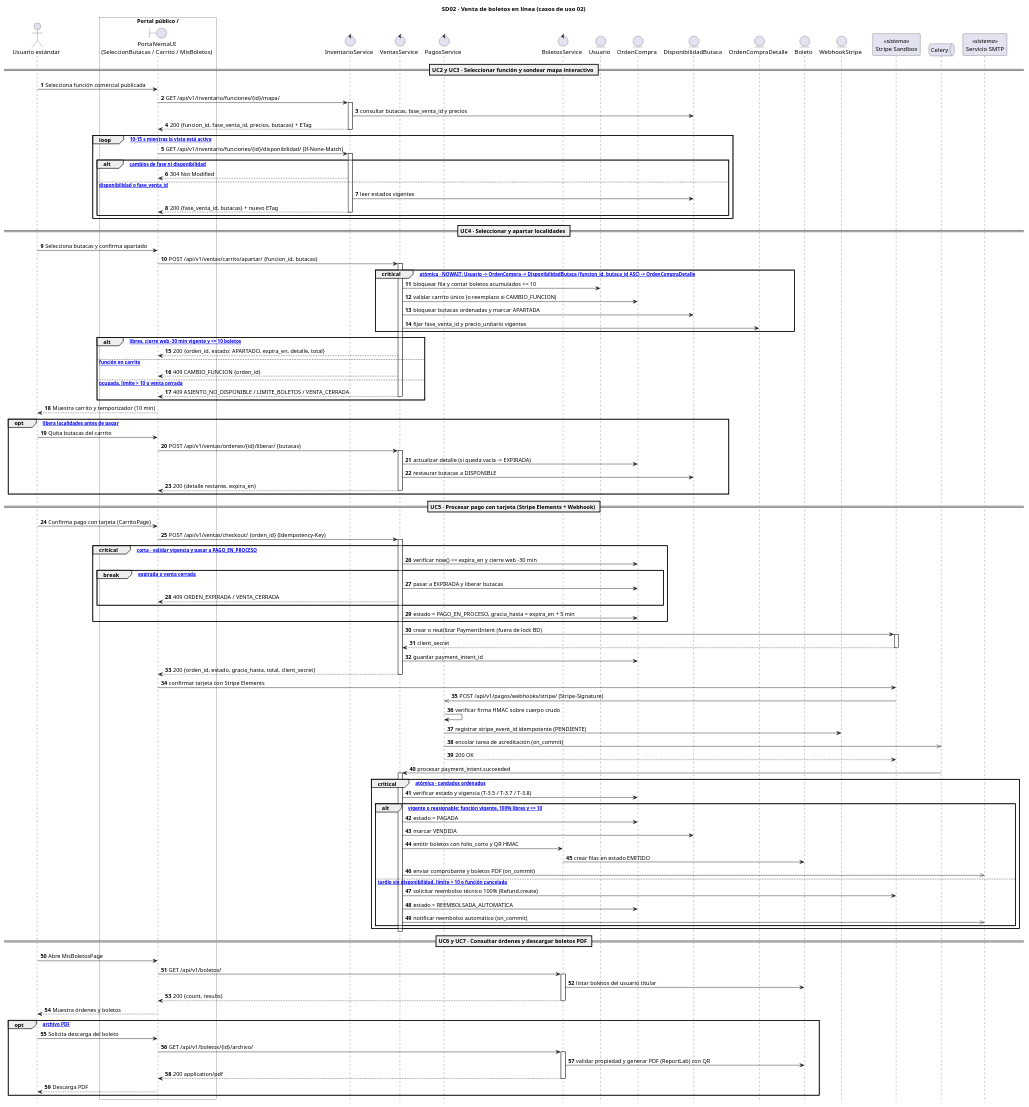
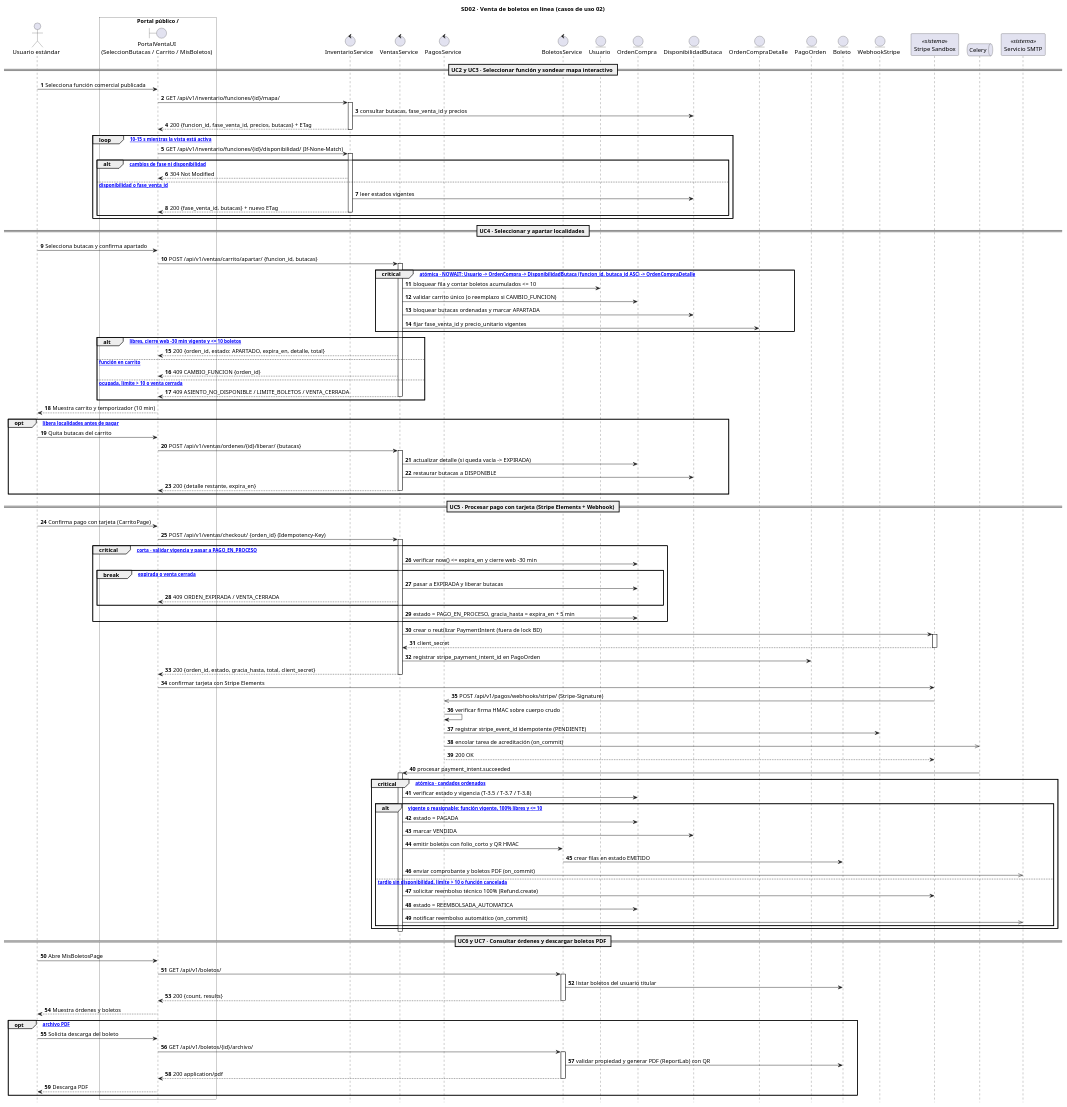
One commit to AntonioVargas97/Teatro changed the diagram in docs/diagramas-uml/diagramas-de-secuencia/SD02_venta_boletos_en_linea.puml. Above: the diagram before and after it, drawn with PlantUML. The commit also changed 62 other files, not shown here.

First line of the commit message:
fix(docs): sincronizar aforo oficial a 1730, estados, contratos, diagramas y skills

```diff
--- a/docs/diagramas-uml/diagramas-de-secuencia/SD02_venta_boletos_en_linea.puml
+++ b/docs/diagramas-uml/diagramas-de-secuencia/SD02_venta_boletos_en_linea.puml
@@ -1,121 +1,123 @@
 @startuml SD02_venta_boletos_en_linea
+' Alineado con BD v6.2 y Contrato API v1
 skinparam shadowing false
 skinparam sequenceMessageAlign left
 skinparam responseMessageBelowArrow true
 skinparam ParticipantPadding 10
 skinparam BoxPadding 8
 hide footbox
 autonumber
 title SD02 · Venta de boletos en línea (casos de uso 02)
 
 actor "Usuario estándar" as U
 box "Portal público /" #FFFFFF
   boundary "PortalVentaUI\n(SeleccionButacas / Carrito / MisBoletos)" as UI
 end box
 control "InventarioService" as INV_CTL
 control "VentasService" as VTA_CTL
 control "PagosService" as PAG_CTL
 control "BoletosService" as BOL_CTL
 entity "Usuario" as E_USR
 entity "OrdenCompra" as E_OC
 entity "DisponibilidadButaca" as E_DIS
 entity "OrdenCompraDetalle" as E_OCD
+entity "PagoOrden" as E_PO
 entity "Boleto" as E_BOL
 entity "WebhookStripe" as E_WH
 participant "Stripe Sandbox" as ST <<sistema>>
 queue "Celery" as Q
 participant "Servicio SMTP" as MAIL <<sistema>>
 
 == UC2 y UC3 · Seleccionar función y sondear mapa interactivo ==
 U -> UI : Selecciona función comercial publicada
 UI -> INV_CTL ++ : GET /api/v1/inventario/funciones/{id}/mapa/
 INV_CTL -> E_DIS : consultar butacas, fase_venta_id y precios
 INV_CTL --> UI -- : 200 {funcion_id, fase_venta_id, precios, butacas} + ETag
 loop [cada 10-15 s mientras la vista está activa]
   UI -> INV_CTL ++ : GET /api/v1/inventario/funciones/{id}/disponibilidad/ (If-None-Match)
   alt [sin cambios de fase ni disponibilidad]
     INV_CTL --> UI : 304 Not Modified
   else [cambió disponibilidad o fase_venta_id]
     INV_CTL -> E_DIS : leer estados vigentes
     INV_CTL --> UI -- : 200 {fase_venta_id, butacas} + nuevo ETag
   end
 end
 
 == UC4 · Seleccionar y apartar localidades ==
 U -> UI : Selecciona butacas y confirma apartado
 UI -> VTA_CTL ++ : POST /api/v1/ventas/carrito/apartar/ {funcion_id, butacas}
 critical [transacción atómica · NOWAIT: Usuario -> OrdenCompra -> DisponibilidadButaca (funcion_id, butaca_id ASC) -> OrdenCompraDetalle]
   VTA_CTL -> E_USR : bloquear fila y contar boletos acumulados <= 10
   VTA_CTL -> E_OC : validar carrito único (o reemplazo si CAMBIO_FUNCION)
   VTA_CTL -> E_DIS : bloquear butacas ordenadas y marcar APARTADA
   VTA_CTL -> E_OCD : fijar fase_venta_id y precio_unitario vigentes
 end
 alt [butacas libres, cierre web -30 min vigente y <= 10 boletos]
   VTA_CTL --> UI : 200 {orden_id, estado: APARTADO, expira_en, detalle, total}
 else [otra función en carrito]
   VTA_CTL --> UI : 409 CAMBIO_FUNCION {orden_id}
 else [butaca ocupada, límite > 10 o venta cerrada]
   VTA_CTL --> UI -- : 409 ASIENTO_NO_DISPONIBLE / LIMITE_BOLETOS / VENTA_CERRADA
 end
 UI --> U : Muestra carrito y temporizador (10 min)
 
 opt [usuario libera localidades antes de pagar]
   U -> UI : Quita butacas del carrito
   UI -> VTA_CTL ++ : POST /api/v1/ventas/ordenes/{id}/liberar/ {butacas}
   VTA_CTL -> E_OC : actualizar detalle (si queda vacía -> EXPIRADA)
   VTA_CTL -> E_DIS : restaurar butacas a DISPONIBLE
   VTA_CTL --> UI -- : 200 {detalle restante, expira_en}
 end
 
 == UC5 · Procesar pago con tarjeta (Stripe Elements + Webhook) ==
 U -> UI : Confirma pago con tarjeta (CarritoPage)
 UI -> VTA_CTL ++ : POST /api/v1/ventas/checkout/ {orden_id} (Idempotency-Key)
 critical [transacción corta · validar vigencia y pasar a PAGO_EN_PROCESO]
   VTA_CTL -> E_OC : verificar now() <= expira_en y cierre web -30 min
   break [orden expirada o venta cerrada]
     VTA_CTL -> E_OC : pasar a EXPIRADA y liberar butacas
     VTA_CTL --> UI : 409 ORDEN_EXPIRADA / VENTA_CERRADA
   end
   VTA_CTL -> E_OC : estado = PAGO_EN_PROCESO, gracia_hasta = expira_en + 5 min
 end
 VTA_CTL -> ST ++ : crear o reutilizar PaymentIntent (fuera de lock BD)
 ST --> VTA_CTL -- : client_secret
-VTA_CTL -> E_OC : guardar payment_intent_id
+VTA_CTL -> E_PO : registrar stripe_payment_intent_id en PagoOrden
 VTA_CTL --> UI -- : 200 {orden_id, estado, gracia_hasta, total, client_secret}
 UI -> ST : confirmar tarjeta con Stripe Elements
 ST ->> PAG_CTL : POST /api/v1/pagos/webhooks/stripe/ (Stripe-Signature)
 PAG_CTL -> PAG_CTL : verificar firma HMAC sobre cuerpo crudo
 PAG_CTL -> E_WH : registrar stripe_event_id idempotente (PENDIENTE)
 PAG_CTL ->> Q : encolar tarea de acreditación (on_commit)
 PAG_CTL --> ST : 200 OK
 Q -> VTA_CTL ++ : procesar payment_intent.succeeded
 critical [transacción atómica · candados ordenados]
   VTA_CTL -> E_OC : verificar estado y vigencia (T-3.5 / T-3.7 / T-3.8)
   alt [orden vigente o reasignable: función vigente, 100% libres y <= 10]
     VTA_CTL -> E_OC : estado = PAGADA
     VTA_CTL -> E_DIS : marcar VENDIDA
     VTA_CTL -> BOL_CTL : emitir boletos con folio_corto y QR HMAC
     BOL_CTL -> E_BOL : crear filas en estado EMITIDO
     VTA_CTL ->> MAIL : enviar comprobante y boletos PDF (on_commit)
   else [pago tardío sin disponibilidad, límite > 10 o función cancelada]
     VTA_CTL -> ST : solicitar reembolso técnico 100% (Refund.create)
     VTA_CTL -> E_OC : estado = REEMBOLSADA_AUTOMATICA
     VTA_CTL ->> MAIL : notificar reembolso automático (on_commit)
   end
 end
 deactivate VTA_CTL
 
 == UC6 y UC7 · Consultar órdenes y descargar boletos PDF ==
 U -> UI : Abre MisBoletosPage
 UI -> BOL_CTL ++ : GET /api/v1/boletos/
 BOL_CTL -> E_BOL : listar boletos del usuario titular
 BOL_CTL --> UI -- : 200 {count, results}
 UI --> U : Muestra órdenes y boletos
 opt [descargar archivo PDF]
   U -> UI : Solicita descarga del boleto
   UI -> BOL_CTL ++ : GET /api/v1/boletos/{id}/archivo/
   BOL_CTL -> E_BOL : validar propiedad y generar PDF (ReportLab) con QR
   BOL_CTL --> UI -- : 200 application/pdf
   UI --> U : Descarga PDF
 end
 @enduml
```
